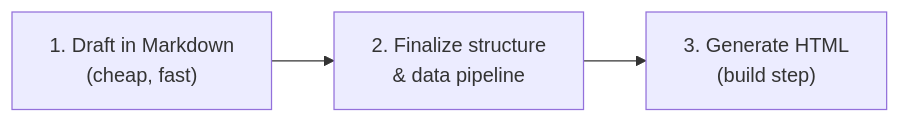
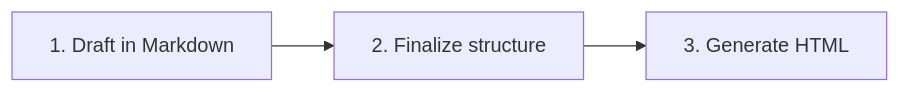
The second of 2 diagrams in _drafts/2026-06-01-ai-generated-html-reports-jekyll-github-pages.md (mcgarrah/mcgarrah.github.io), drawn with Mermaid before and after one commit. The commit also changed other lines of this file, not shown here.

Commit message:
Simplify mermaid node labels to fix rendering issues

````diff
--- a/_drafts/2026-06-01-ai-generated-html-reports-jekyll-github-pages.md
+++ b/_drafts/2026-06-01-ai-generated-html-reports-jekyll-github-pages.md
@@ -124,5 +124,5 @@
 ```mermaid
 flowchart LR
-    A["1. Draft in Markdown<br/>(cheap, fast)"] --> B["2. Finalize structure<br/>& data pipeline"]
-    B --> C["3. Generate HTML<br/>(build step)"]
+    A["1. Draft in Markdown"] --> B["2. Finalize structure"]
+    B --> C["3. Generate HTML"]
 ```
````
